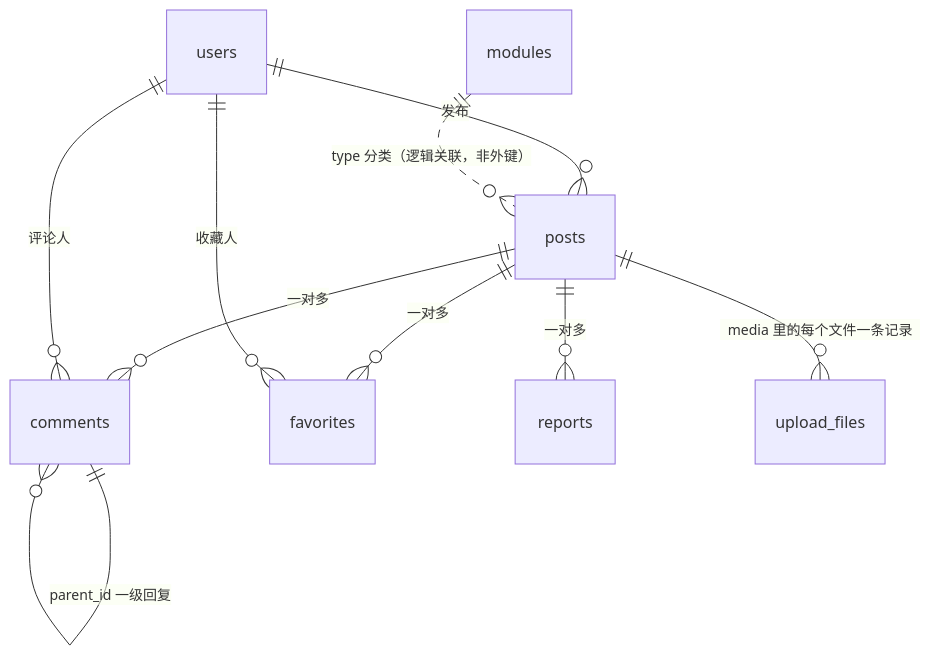
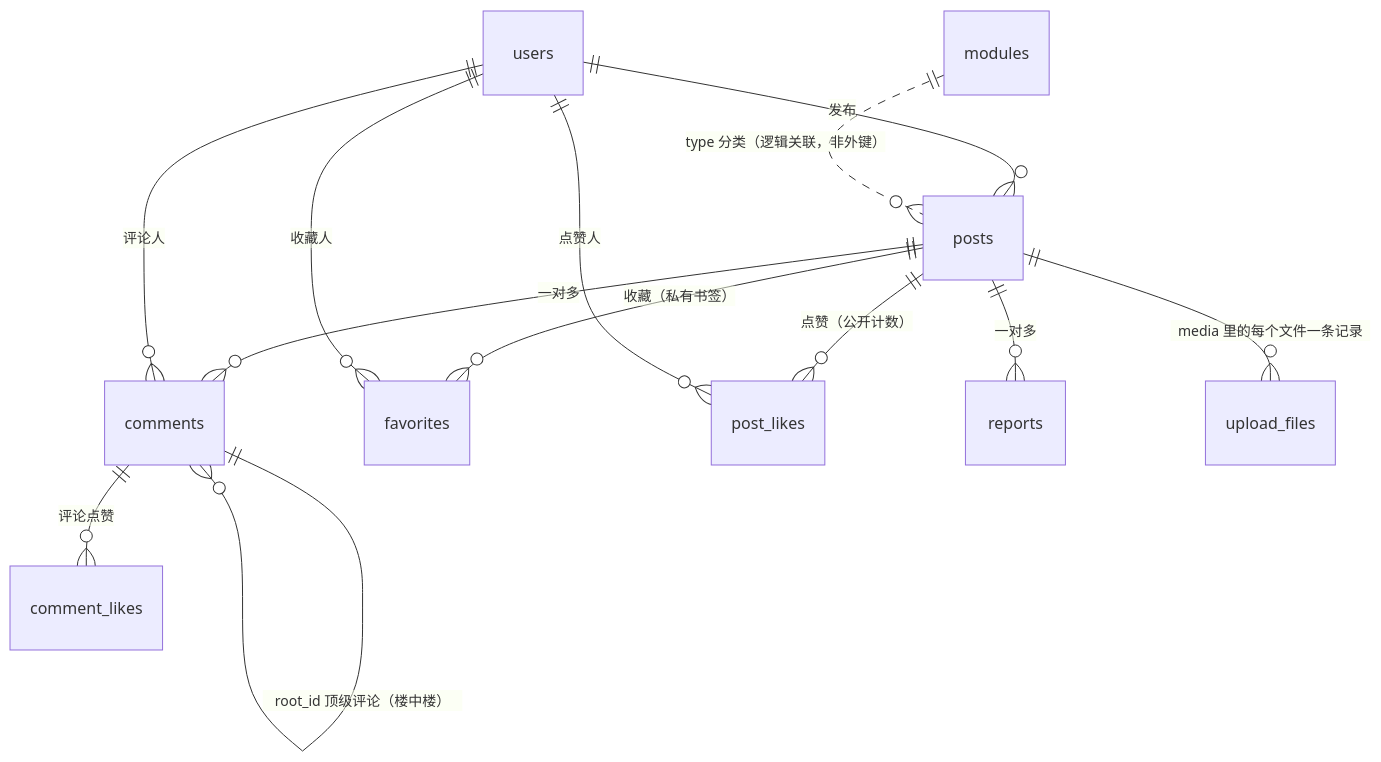
Before and after one commit to Lea-leaf/student_live: the diagram in README.md, drawn with Mermaid. The commit also changed other lines of this file and 24 other files, not shown here.

````diff
--- a/README.md
+++ b/README.md
@@ -316,12 +361,16 @@
 ```mermaid
 erDiagram
     users ||--o{ posts : "发布"
     modules ||..o{ posts : "type 分类（逻辑关联，非外键）"
     posts ||--o{ comments : "一对多"
-    posts ||--o{ favorites : "一对多"
+    posts ||--o{ favorites : "收藏（私有书签）"
+    posts ||--o{ post_likes : "点赞（公开计数）"
     posts ||--o{ reports : "一对多"
     posts ||--o{ upload_files : "media 里的每个文件一条记录"
-    comments ||--o{ comments : "parent_id 一级回复"
+    comments ||--o{ comments : "parent_id 直接父级"
+    comments ||--o{ comments : "root_id 顶级评论（楼中楼）"
+    comments ||--o{ comment_likes : "评论点赞"
     users ||--o{ comments : "评论人"
     users ||--o{ favorites : "收藏人"
+    users ||--o{ post_likes : "点赞人"
 ```
````
